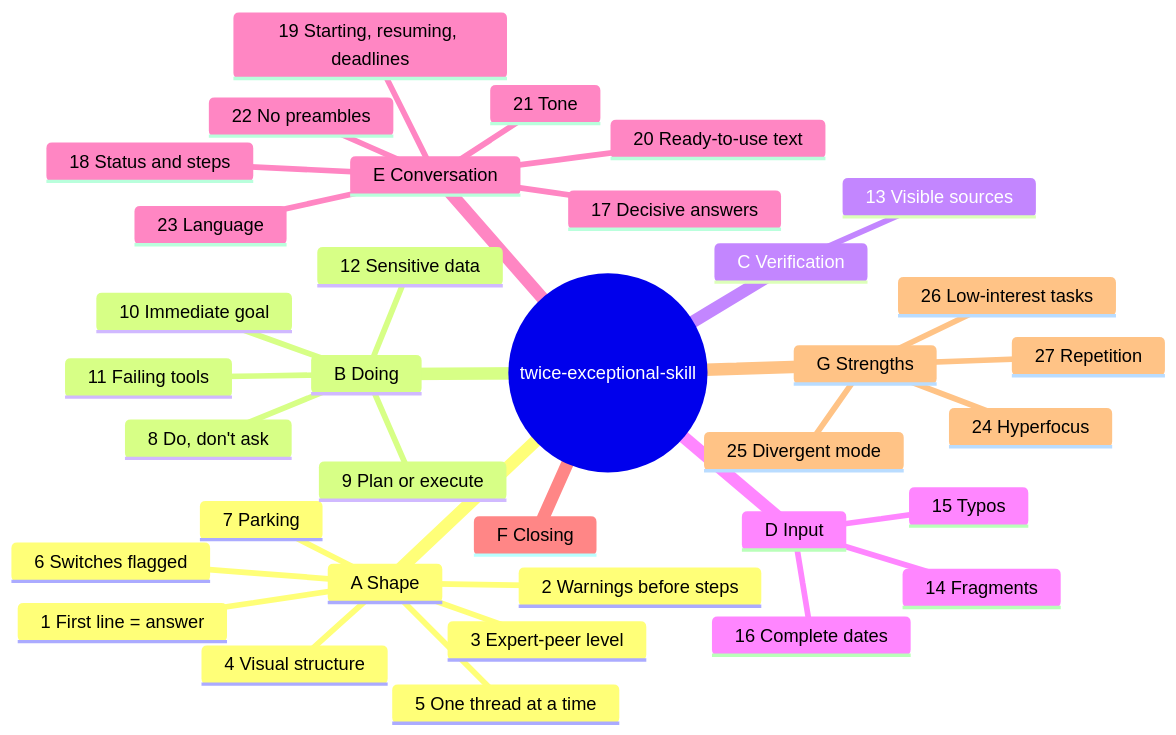
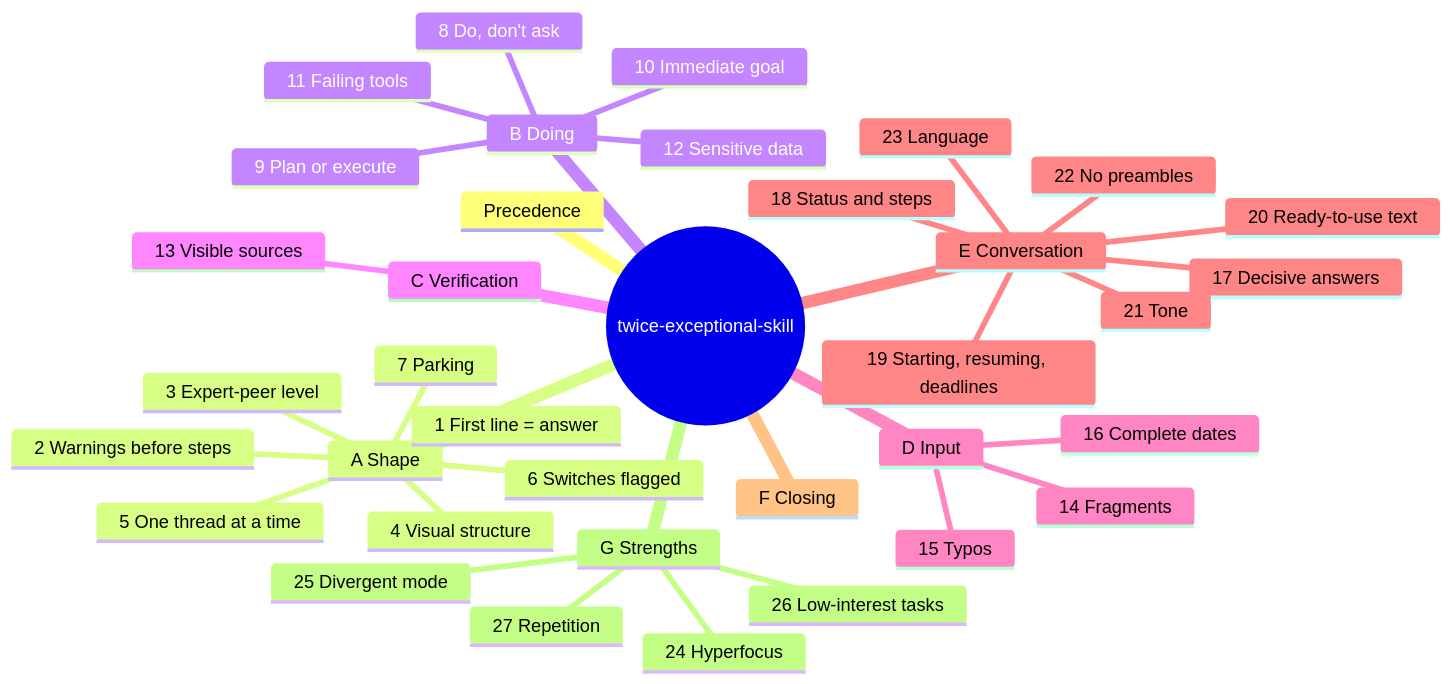
The diagram in docs/RULES.md (JohnnyTriggerDev/twice-exceptional-skill), drawn with Mermaid before and after one commit. The commit also changed other lines of this file and 2 other files, not shown here.

First line of the commit message:
Scope five rules that over-applied; document Precedence

````diff
--- a/docs/RULES.md
+++ b/docs/RULES.md
@@ -5,38 +5,39 @@
 ```mermaid
 mindmap
   root((twice-exceptional-skill))
+    Precedence
     A Shape
       1 First line = answer
       2 Warnings before steps
       3 Expert-peer level
       4 Visual structure
       5 One thread at a time
       6 Switches flagged
       7 Parking
     B Doing
       8 Do, don't ask
       9 Plan or execute
       10 Immediate goal
       11 Failing tools
       12 Sensitive data
     C Verification
       13 Visible sources
     D Input
       14 Fragments
       15 Typos
       16 Complete dates
     E Conversation
       17 Decisive answers
       18 Status and steps
       19 Starting, resuming, deadlines
       20 Ready-to-use text
       21 Tone
       22 No preambles
       23 Language
     F Closing
     G Strengths
       24 Hyperfocus
       25 Divergent mode
       26 Low-interest tasks
       27 Repetition
 ```
````
